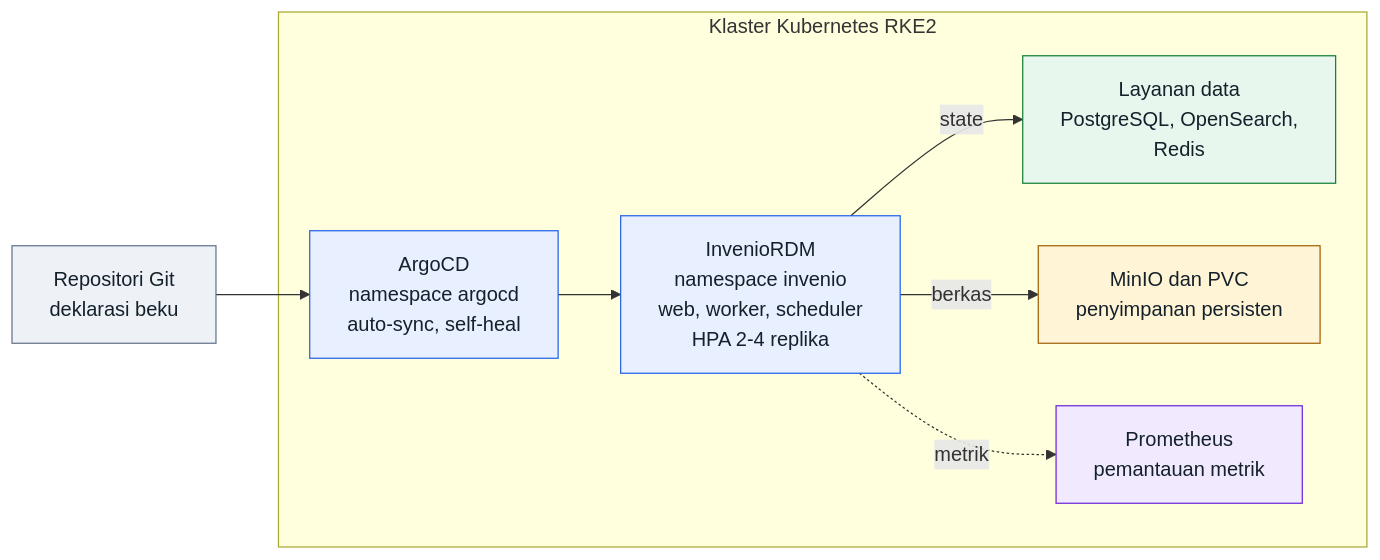
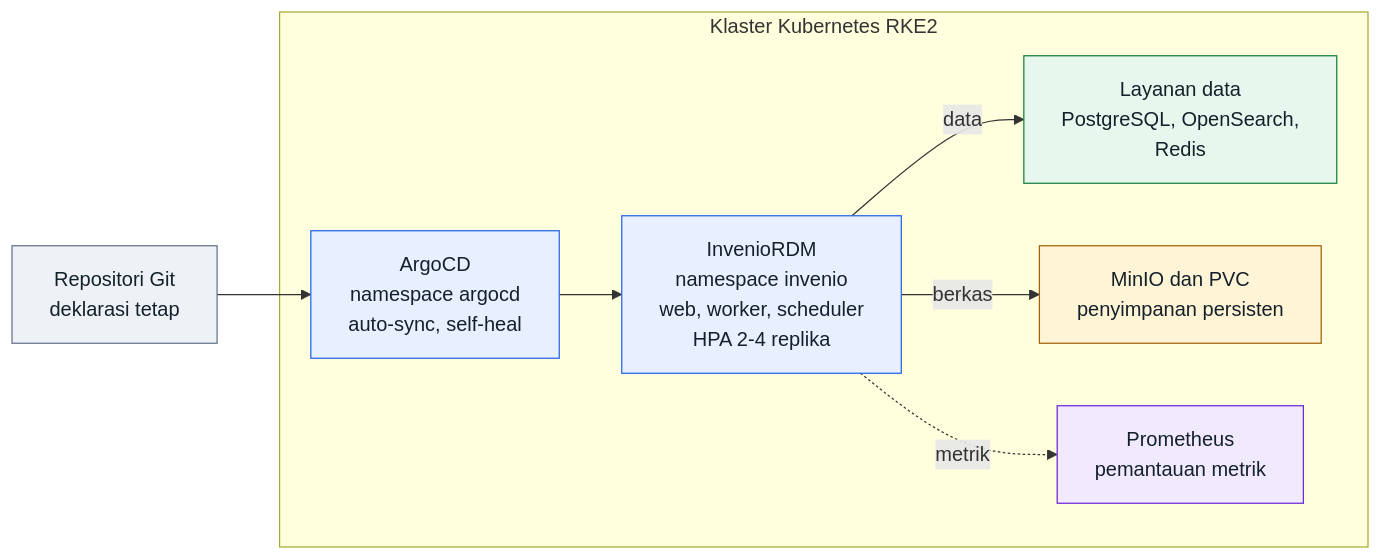
The diagram in content/skripsi/diagrams/src/fig-runtime-architecture.mmd (vityasyyy/skripsi), drawn with Mermaid before and after one commit. The commit also changed 33 other files, not shown here.

```diff
--- a/content/skripsi/diagrams/src/fig-runtime-architecture.mmd
+++ b/content/skripsi/diagrams/src/fig-runtime-architecture.mmd
@@ -1,26 +1,26 @@
 flowchart LR
-  GIT["Repositori Git<br/>deklarasi beku"]
+  GIT["Repositori Git<br/>deklarasi tetap"]
   subgraph K8S["Klaster Kubernetes RKE2"]
     ARGO["ArgoCD<br/>namespace argocd<br/>auto-sync, self-heal"]
     WEB["InvenioRDM<br/>namespace invenio<br/>web, worker, scheduler<br/>HPA 2-4 replika"]
     DATA["Layanan data<br/>PostgreSQL, OpenSearch,<br/>Redis"]
     STORE["MinIO dan PVC<br/>penyimpanan persisten"]
     PROM["Prometheus<br/>pemantauan metrik"]
   end
   GIT --> ARGO
   ARGO --> WEB
-  WEB -->|"state"| DATA
+  WEB -->|"data"| DATA
   WEB -->|"berkas"| STORE
   WEB -. "metrik" .-> PROM
   classDef ext fill:#eef2f7,stroke:#64748b,color:#14212b;
   classDef gitops fill:#e8f0ff,stroke:#2563eb,color:#14212b;
   classDef app fill:#e8f0ff,stroke:#2563eb,color:#14212b;
   classDef data fill:#e7f7ed,stroke:#15803d,color:#14212b;
   classDef obs fill:#f1eaff,stroke:#6d28d9,color:#14212b;
   classDef store fill:#fff4d6,stroke:#a16207,color:#14212b;
   class GIT ext;
   class ARGO gitops;
   class WEB app;
   class DATA data;
   class PROM obs;
   class STORE store;
```
